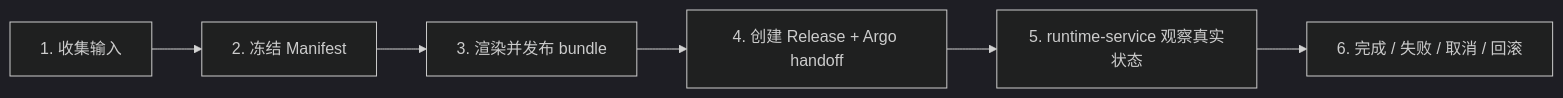
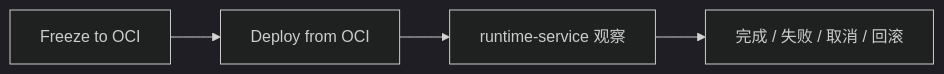
One commit to bsonger/devflow-document changed the diagram in content/docs/architecture/lifecycle.md. Above: the diagram before and after it, drawn with Mermaid (dark theme). The commit also changed other lines of this file and 3 other files, not shown here.

Commit message:
Document two-stage release flow

````diff
--- a/content/docs/architecture/lifecycle.md
+++ b/content/docs/architecture/lifecycle.md
@@ -38,8 +34,6 @@
 ```mermaid
 graph LR
-    A["1. 收集输入"] --> B["2. 冻结 Manifest"]
-    B --> C["3. 渲染并发布 bundle"]
-    C --> D["4. 创建 Release + Argo handoff"]
-    D --> E["5. runtime-service 观察真实状态"]
-    E --> F["6. 完成 / 失败 / 取消 / 回滚"]
+    A["Freeze to OCI"] --> B["Deploy from OCI"]
+    B --> C["runtime-service 观察"]
+    C --> D["完成 / 失败 / 取消 / 回滚"]
 ```
````
